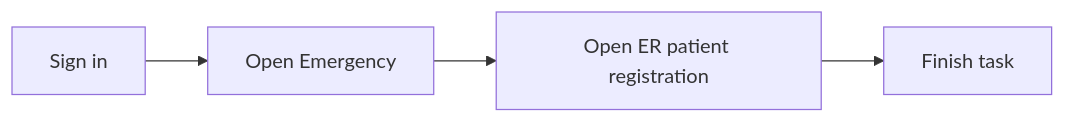
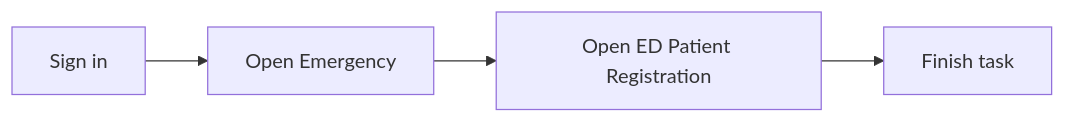
Before and after one commit to menzies-mariesta-com/medora-web-menzies: the diagram in src/lib/docs/content/workflows/emergency-admission-new.md, drawn with Mermaid. The commit also changed other lines of this file and 7 other files, not shown here.

First line of the commit message:
fix(ed): rename ED Patient Registration and ED Bed Status in nav seed

````diff
--- a/src/lib/docs/content/workflows/emergency-admission-new.md
+++ b/src/lib/docs/content/workflows/emergency-admission-new.md
@@ -32,6 +32,6 @@
 ```mermaid
 flowchart LR
   signIn[Sign in] --> module[Open Emergency]
-  module --> screen[Open ER patient registration]
+  module --> screen[Open ED Patient Registration]
   screen --> done[Finish task]
 ```
````
